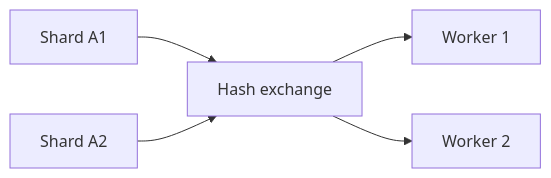
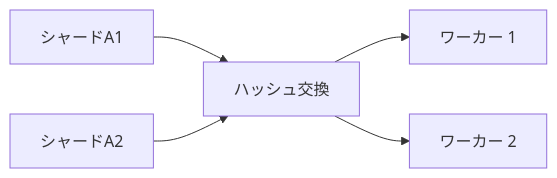
One commit to hirunebot/database-systems-book changed the seventh of 7 diagrams in src/content/docs/05-distributed-db/15-partitioning-sharding.md. Above: the diagram before and after it, drawn with Mermaid. The commit also changed other lines of this file and 42 other files, not shown here.

````diff
--- a/src/content/docs/05-distributed-db/15-partitioning-sharding.md
+++ b/src/content/docs/05-distributed-db/15-partitioning-sharding.md
@@ -449,7 +449,7 @@
 ```mermaid
 flowchart LR
-    A1["Shard A1"] --> X["Hash exchange"]
-    A2["Shard A2"] --> X
-    X --> W1["Worker 1"]
-    X --> W2["Worker 2"]
+    A1["シャードA1"] --> X["ハッシュ交換"]
+    A2["シャードA2"] --> X
+    X --> W1["ワーカー 1"]
+    X --> W2["ワーカー 2"]
 ```
````
